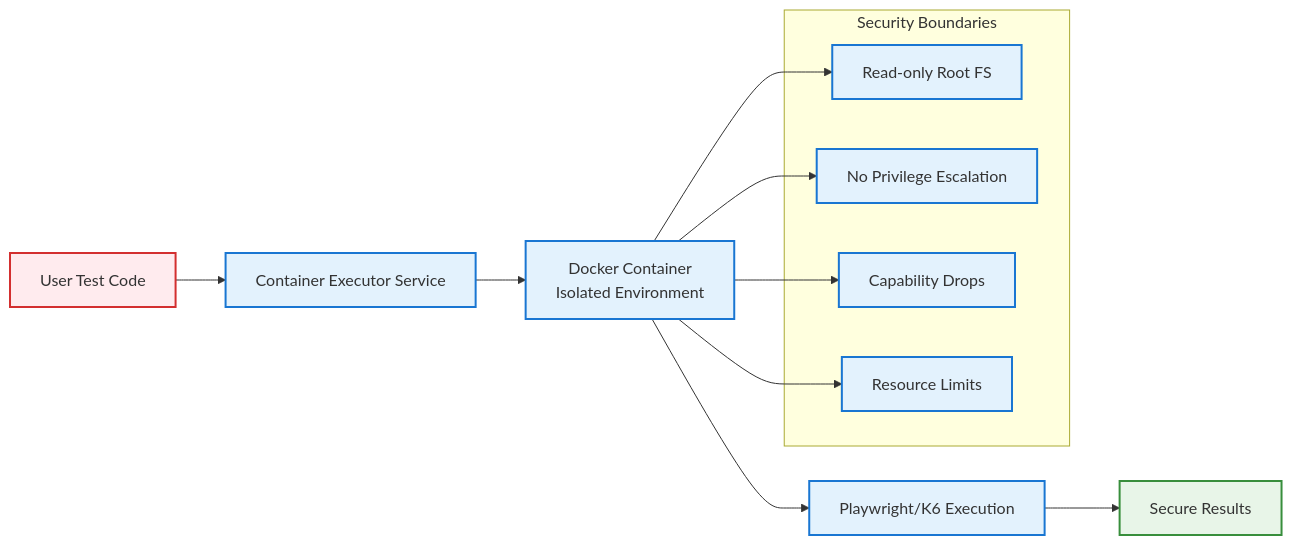
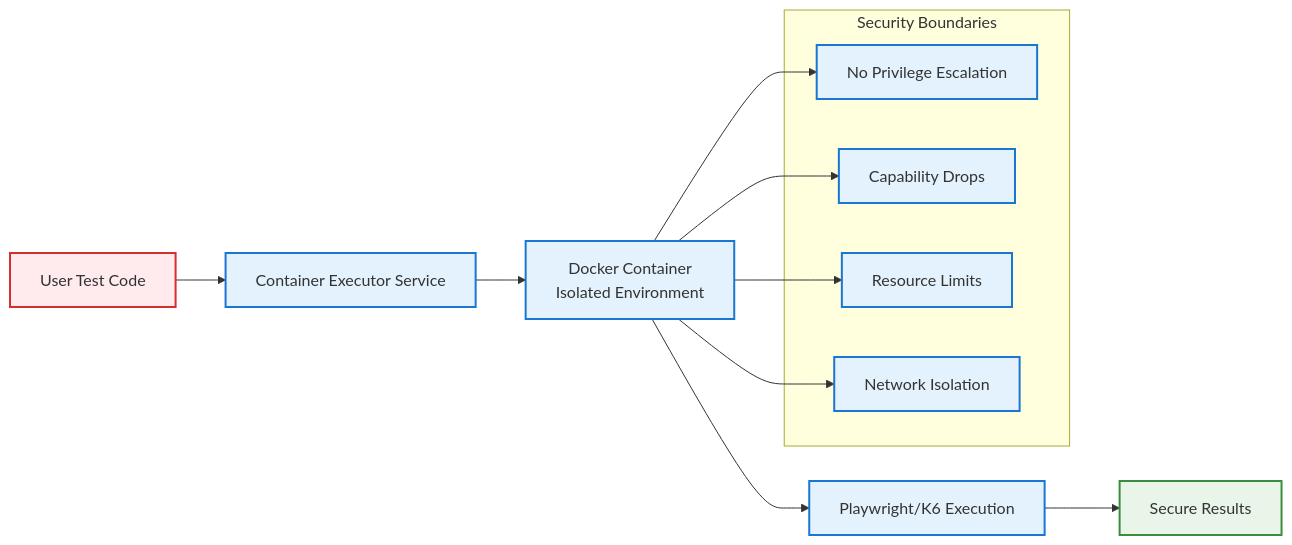
The first of 12 diagrams in specs/SECURITY_RECOMMENDATIONS.md (supercheck-io/supercheck), drawn with Mermaid before and after one commit. The commit also changed other lines of this file and 12 other files, not shown here.

````diff
--- a/specs/SECURITY_RECOMMENDATIONS.md
+++ b/specs/SECURITY_RECOMMENDATIONS.md
@@ -95,24 +95,24 @@
 ```mermaid
 graph LR
     A[User Test Code] --> B[Container Executor Service]
     B --> C[Docker Container<br/>Isolated Environment]
     C --> D[Playwright/K6 Execution]
     D --> E[Secure Results]
 
     subgraph "Security Boundaries"
-        F[Read-only Root FS]
-        G[No Privilege Escalation]
-        H[Capability Drops]
-        I[Resource Limits]
+        F[No Privilege Escalation]
+        G[Capability Drops]
+        H[Resource Limits]
+        I[Network Isolation]
     end
 
     C --> F & G & H & I
 
     classDef danger fill:#ffebee,stroke:#d32f2f,stroke-width:2px
     classDef safe fill:#e8f5e8,stroke:#388e3c,stroke-width:2px
     classDef implemented fill:#e3f2fd,stroke:#1976d2,stroke-width:2px
 
     class A danger
     class E safe
     class B,C,D,F,G,H,I implemented
 ```
````
